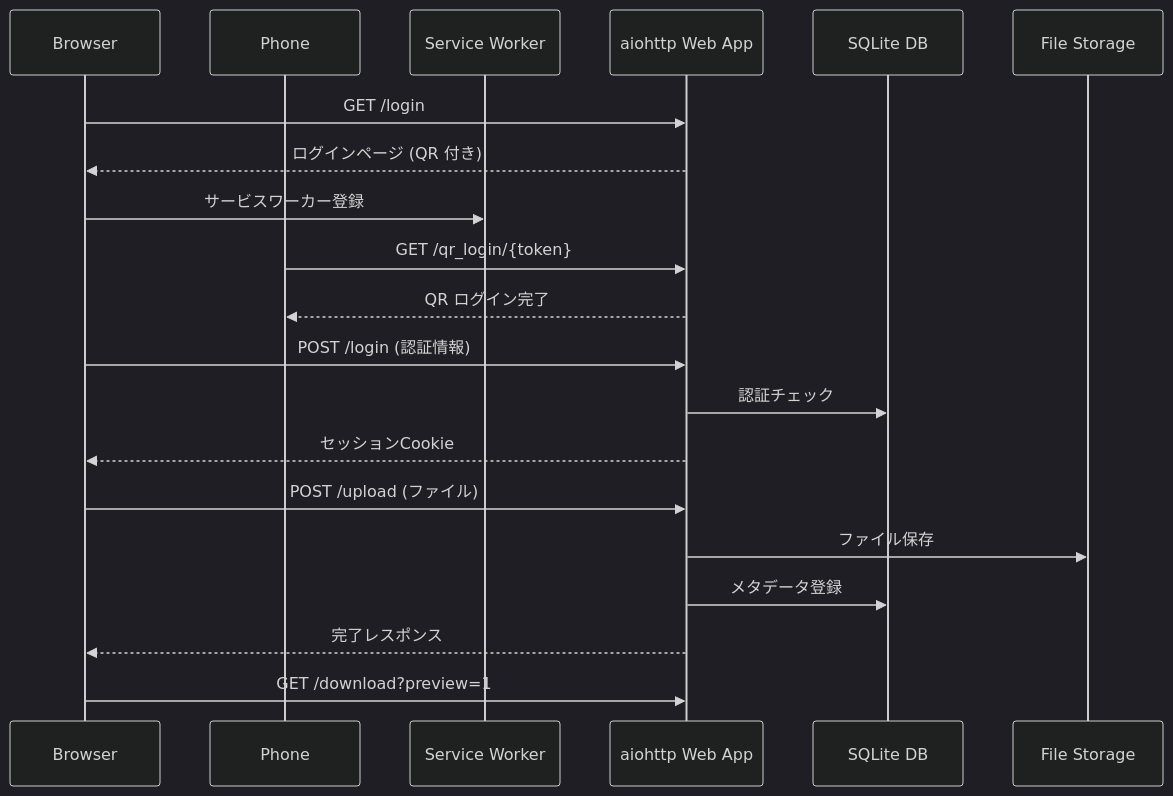
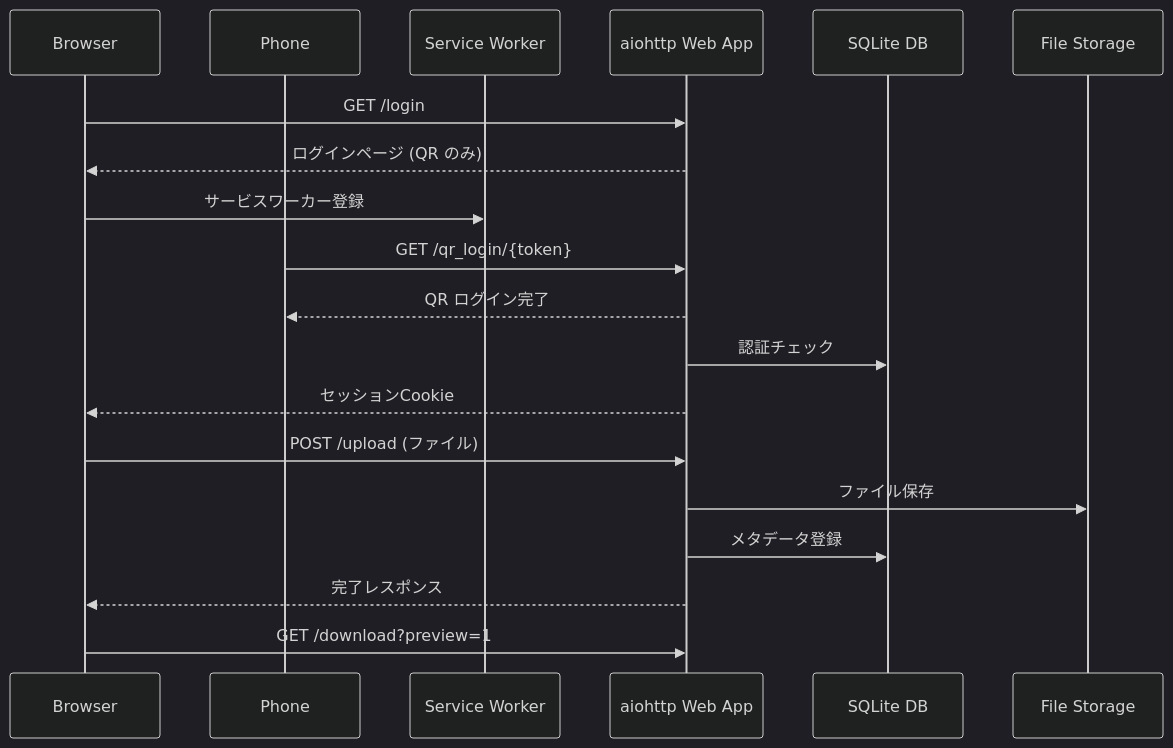
Before and after one commit to 5h1gerun/web_discord_server: the diagram in docs/sequence_web.mmd, drawn with Mermaid. The commit also changed 3 other files, not shown here.

```diff
--- a/docs/sequence_web.mmd
+++ b/docs/sequence_web.mmd
@@ -1,23 +1,22 @@
 %%{init: {'theme': 'dark'}}%%
 %% Web サーバ上のシーケンス図
 sequenceDiagram
     participant Browser as Browser
     participant Phone as Phone
     participant SW as Service Worker
     participant Web as aiohttp Web App
     participant DB as SQLite DB
     participant Files as File Storage
 
     Browser->>Web: GET /login
-    Web-->>Browser: ログインページ (QR 付き)
+    Web-->>Browser: ログインページ (QR のみ)
     Browser->>SW: サービスワーカー登録
     Phone->>Web: GET /qr_login/{token}
     Web-->>Phone: QR ログイン完了
-    Browser->>Web: POST /login (認証情報)
     Web->>DB: 認証チェック
     Web-->>Browser: セッションCookie
     Browser->>Web: POST /upload (ファイル)
     Web->>Files: ファイル保存
     Web->>DB: メタデータ登録
     Web-->>Browser: 完了レスポンス
     Browser->>Web: GET /download?preview=1
```
